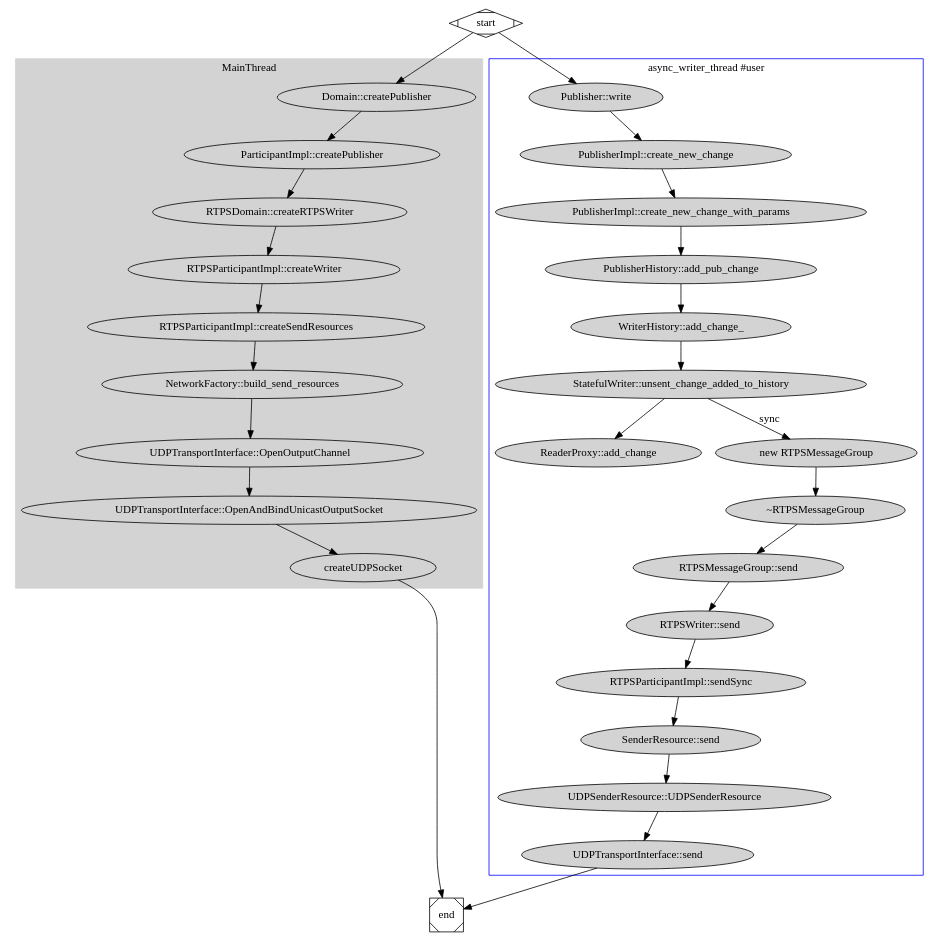
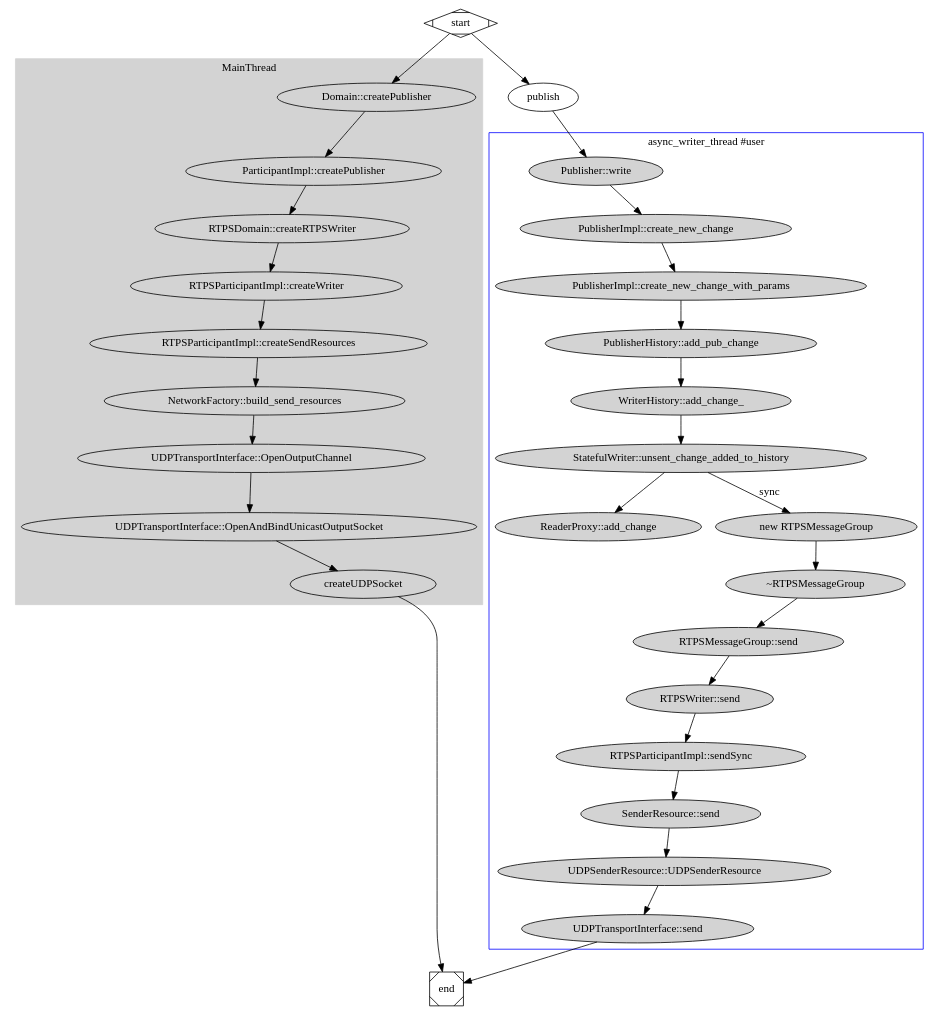
Before and after one commit to leeminghao/aiot: the diagram in iot/rtps/publisher.dot, drawn with Graphviz. The commit also changed 3 other files, not shown here.

```diff
--- a/iot/rtps/publisher.dot
+++ b/iot/rtps/publisher.dot
@@ -1,60 +1,60 @@
 digraph G {
 
   subgraph cluster0 {
     node [style=filled,clolor=white];
     color = lightgrey;
     style=filled;
     label = "MainThread"
 
     a1[label="Domain::createPublisher"]
     a2[label="ParticipantImpl::createPublisher"]
     a3[label="RTPSDomain::createRTPSWriter"]
     a4[label="RTPSParticipantImpl::createWriter"]
     a5[label="RTPSParticipantImpl::createSendResources"]
     a6[label="NetworkFactory::build_send_resources"]
     a7[label="UDPTransportInterface::OpenOutputChannel"]
     a8[label="UDPTransportInterface::OpenAndBindUnicastOutputSocket"]
     a9[label="createUDPSocket"]
 
     a1->a2->a3->a4->a5->a6->a7->a8->a9;
   }
 
   subgraph cluster1 {
     node [style=filled];
     color=blue;
     label = "async_writer_thread #user";
 
     b1[label="Publisher::write"]
     b2[label="PublisherImpl::create_new_change"]
     b3[label="PublisherImpl::create_new_change_with_params"]
     b4[label="PublisherHistory::add_pub_change"]
     b5[label="WriterHistory::add_change_"]
     b6[label="StatefulWriter::unsent_change_added_to_history"]
 
     b1->b2->b3->b4->b5->b6;
 
     b7[label="ReaderProxy::add_change"];
 
     b6->b7;
 
     b9[label="new RTPSMessageGroup"]
     b10[label="~RTPSMessageGroup"]
     b11[label="RTPSMessageGroup::send"]
     b12[label="RTPSWriter::send"]
     b13[label="RTPSParticipantImpl::sendSync"]
     b14[label="SenderResource::send"]
     b15[label="UDPSenderResource::UDPSenderResource"]
     b16[label="UDPTransportInterface::send"]
 
     b6->b9[label="sync"];
     b9->b10->b11->b12->b13->b14->b15->b16;
   }
 
   start -> a1;
-  start -> b1;
+  start -> publish -> b1;
   a9 -> end;
   b16 -> end;
 
   start [shape=Mdiamond];
   end [shape=Msquare];
 }
```
